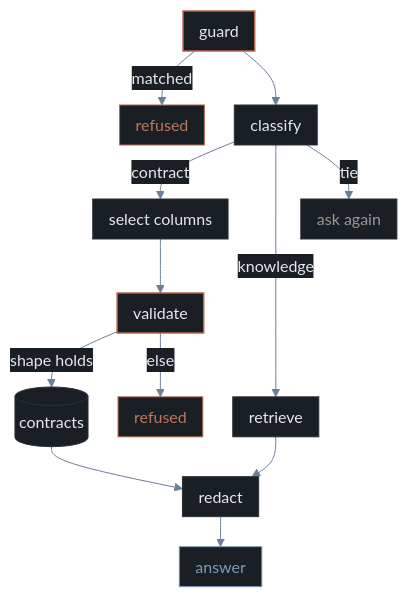
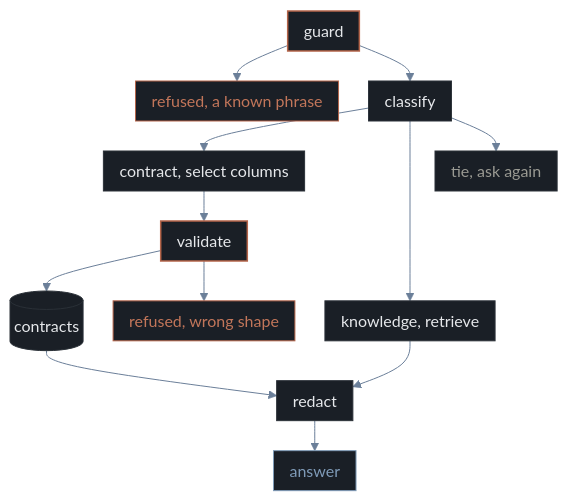
One commit to jameswniu/multi-intent-ai-chatbot-assistant changed the diagram in README.md. Above: the diagram before and after it, drawn with Mermaid.

Commit message:
Move the edge labels onto the nodes so no plate is painted behind them

````diff
--- a/README.md
+++ b/README.md
@@ -133,21 +133,21 @@
 ```mermaid
-%%{init: {'theme': 'base', 'flowchart': {'curve': 'basis', 'nodeSpacing': 30, 'rankSpacing': 30, 'padding': 8}, 'themeVariables': {'primaryColor': '#1a1f26', 'primaryTextColor': '#e6e8eb', 'primaryBorderColor': '#2b3138', 'lineColor': '#6b7f99', 'textColor': '#c3c8ce', 'edgeLabelBackground': '#1a1f26', 'fontSize': '16px'}}}%%
+%%{init: {'theme': 'base', 'flowchart': {'curve': 'basis', 'nodeSpacing': 30, 'rankSpacing': 30, 'padding': 8}, 'themeVariables': {'primaryColor': '#1a1f26', 'primaryTextColor': '#e6e8eb', 'primaryBorderColor': '#2b3138', 'lineColor': '#6b7f99', 'fontSize': '16px'}}}%%
 flowchart TD
-    G[guard] -->|matched| R1[refused]
+    G[guard] --> R1[refused, a known phrase]
     G --> C[classify]
-    C -->|contract| S[select columns]
-    C -->|knowledge| F[retrieve]
-    C -->|tie| A[ask again]
+    C --> S[contract, select columns]
+    C --> F[knowledge, retrieve]
+    C --> A[tie, ask again]
     S --> V[validate]
-    V -->|shape holds| D[(contracts)]
-    V -->|else| R2[refused]
+    V --> D[(contracts)]
+    V --> R2[refused, wrong shape]
     D --> P[redact]
     F --> P
     P --> O[answer]
     style G stroke:#b5654a,stroke-width:1.5px
     style V stroke:#b5654a,stroke-width:1.5px
     style R1 stroke:#b5654a,color:#c2765a
     style R2 stroke:#b5654a,color:#c2765a
     style A color:#9a9a93
     style O stroke:#7f9bb8,color:#7f9bb8
 ```
````
